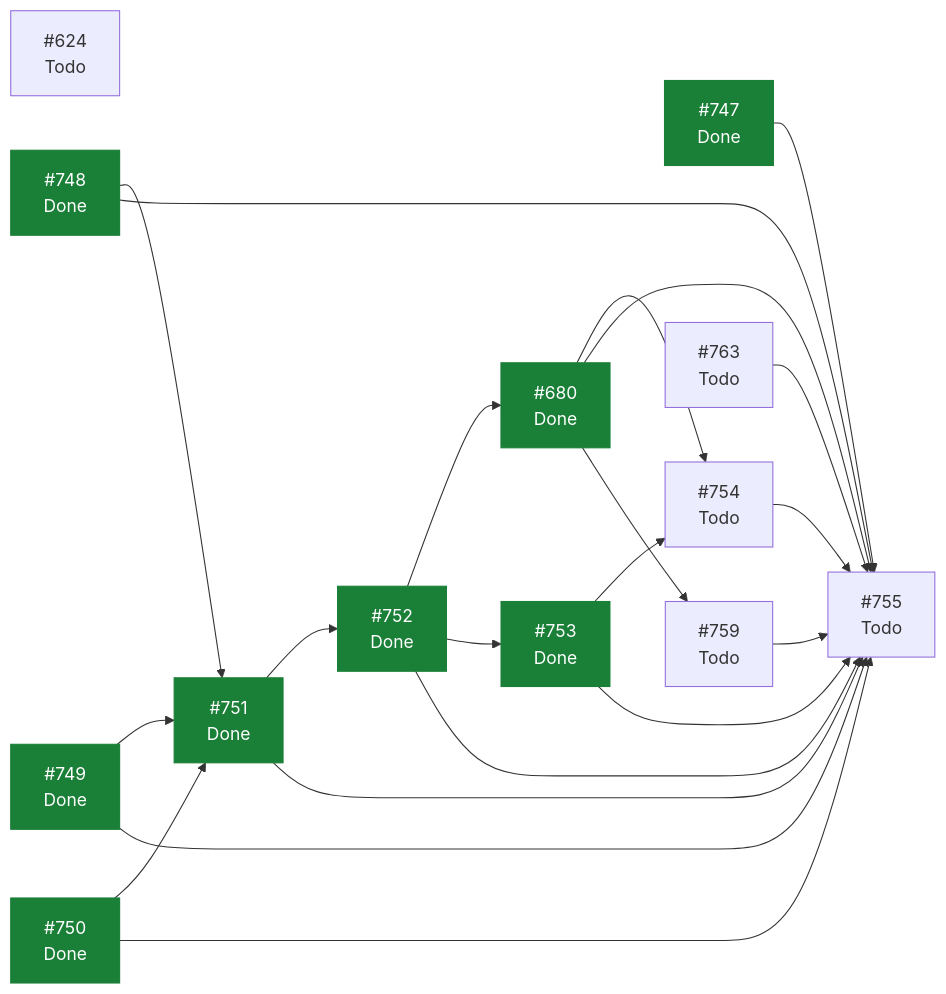
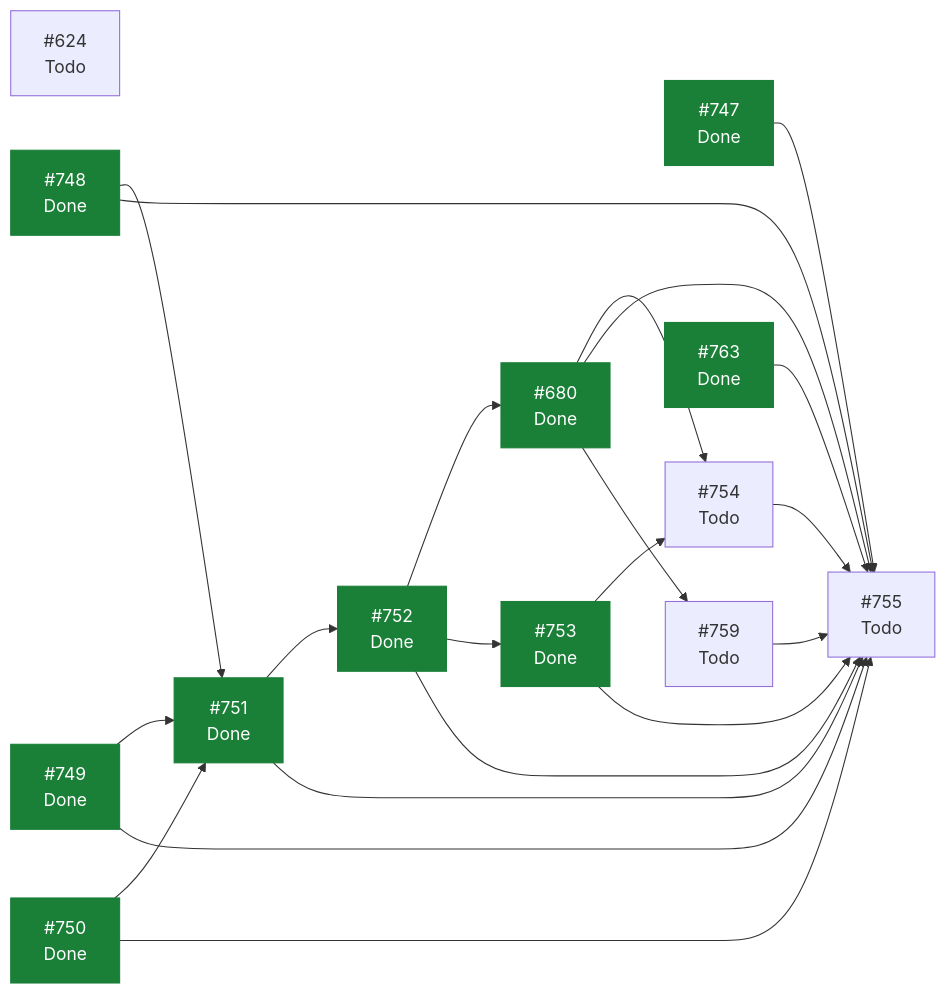
The diagram in docs/planning/STATUS.md (ecamp0s/evault), drawn with Mermaid before and after one commit. The commit also changed other lines of this file, not shown here.

````diff
--- a/docs/planning/STATUS.md
+++ b/docs/planning/STATUS.md
@@ -100,38 +99,38 @@
 ```mermaid
 graph LR
   I624["#624<br/>Todo"]
   I680["#680<br/>Done"]
   I747["#747<br/>Done"]
   I748["#748<br/>Done"]
   I749["#749<br/>Done"]
   I750["#750<br/>Done"]
   I751["#751<br/>Done"]
   I752["#752<br/>Done"]
   I753["#753<br/>Done"]
   I754["#754<br/>Todo"]
   I755["#755<br/>Todo"]
   I759["#759<br/>Todo"]
-  I763["#763<br/>Todo"]
+  I763["#763<br/>Done"]
   I680 --> I754
   I680 --> I755
   I680 --> I759
   I747 --> I755
   I748 --> I751
   I748 --> I755
   I749 --> I751
   I749 --> I755
   I750 --> I751
   I750 --> I755
   I751 --> I752
   I751 --> I755
   I752 --> I680
   I752 --> I753
   I752 --> I755
   I753 --> I754
   I753 --> I755
   I754 --> I755
   I759 --> I755
   I763 --> I755
   classDef hecho fill:#1a7f37,stroke:#1a7f37,color:#fff;
-  class I680,I747,I748,I749,I750,I751,I752,I753 hecho;
+  class I680,I747,I748,I749,I750,I751,I752,I753,I763 hecho;
 ```
````
